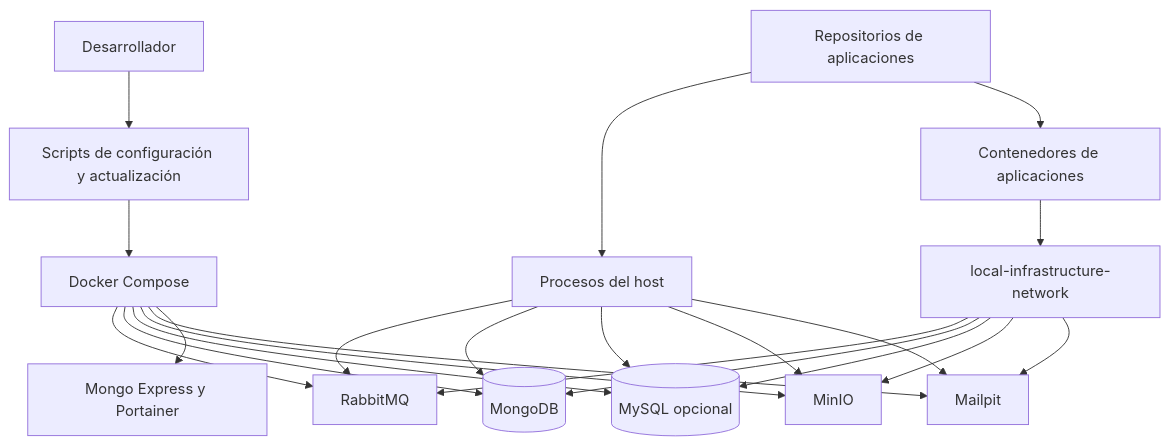
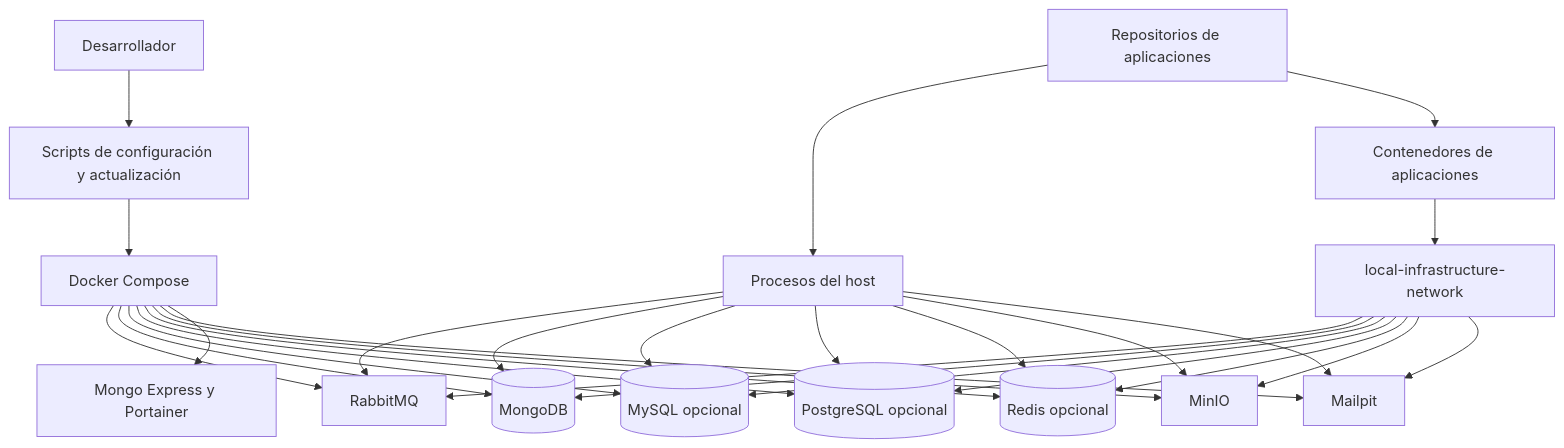
One commit to AlexZuniga10/local_infrastructure changed the diagram in README.md. Above: the diagram before and after it, drawn with Mermaid. The commit also changed other lines of this file and 7 other files, not shown here.

````diff
--- a/README.md
+++ b/README.md
@@ -253,24 +265,30 @@
 ```mermaid
 flowchart TD
     DEV[Desarrollador] --> SETUP[Scripts de configuración y actualización]
     SETUP --> INFRA[Docker Compose]
     APPS[Repositorios de aplicaciones] --> HOST[Procesos del host]
     APPS --> CONTAINERS[Contenedores de aplicaciones]
     INFRA --> MQ[RabbitMQ]
     INFRA --> DB[(MongoDB)]
     INFRA --> SQL[(MySQL opcional)]
+    INFRA --> PG[(PostgreSQL opcional)]
+    INFRA --> CACHE[(Redis opcional)]
     INFRA --> STORAGE[MinIO]
     INFRA --> MAIL[Mailpit]
     INFRA --> TOOLS[Mongo Express y Portainer]
     HOST --> MQ
     HOST --> DB
     HOST --> SQL
+    HOST --> PG
+    HOST --> CACHE
     HOST --> STORAGE
     HOST --> MAIL
     CONTAINERS --> NETWORK[local-infrastructure-network]
     NETWORK --> MQ
     NETWORK --> DB
     NETWORK --> SQL
+    NETWORK --> PG
+    NETWORK --> CACHE
     NETWORK --> STORAGE
     NETWORK --> MAIL
 ```
````
